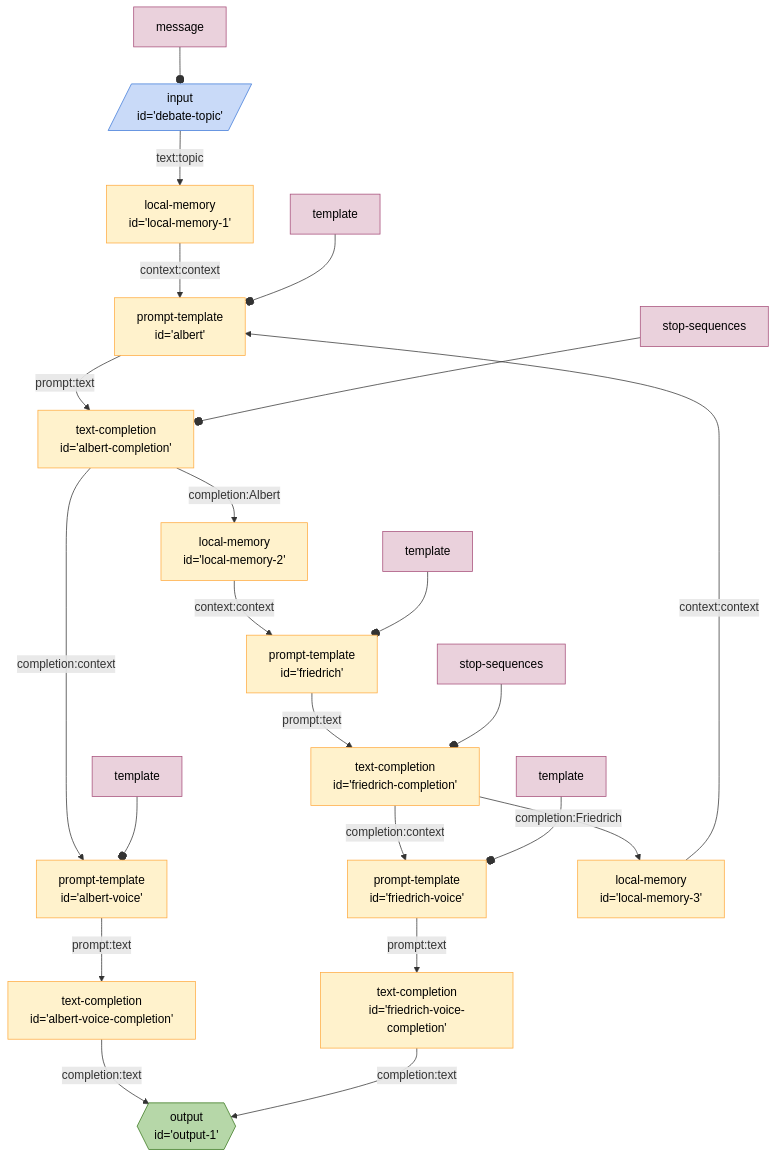
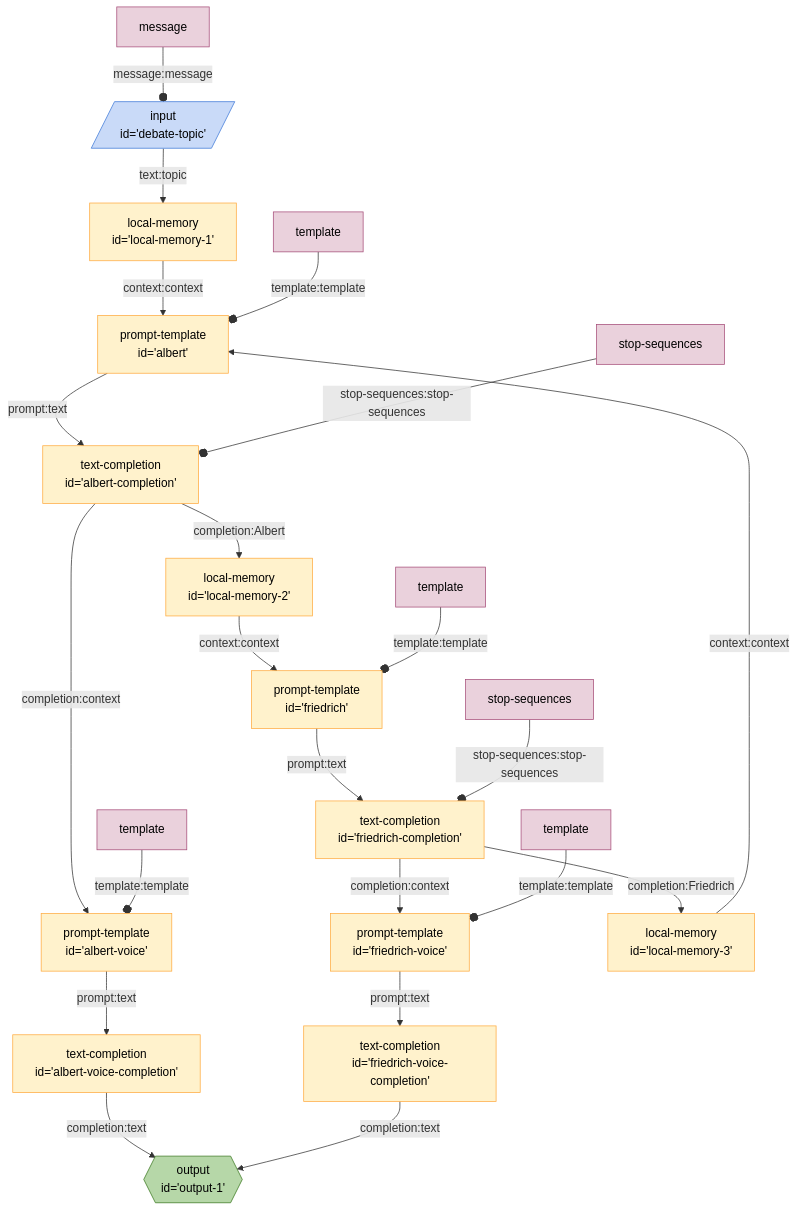
One commit to breadboard-ai/breadboard changed the diagram in seeds/graph-playground/docs/graphs/endless-debate-with-voice.md. Above: the diagram before and after it, drawn with Mermaid. The commit also changed 13 other files, not shown here.

Commit message:
[graph] Add proper edge markers for constants.

````diff
--- a/seeds/graph-playground/docs/graphs/endless-debate-with-voice.md
+++ b/seeds/graph-playground/docs/graphs/endless-debate-with-voice.md
@@ -4,60 +4,60 @@
 ```mermaid
 %%{init: 'themeVariables': { 'fontFamily': 'Fira Code, monospace' }}%%
 graph TD;
 debatetopic[/"input
 id='debate-topic'"/]:::input -- text:topic --> localmemory1["local-memory
 id='local-memory-1'"]
 localmemory1["local-memory
 id='local-memory-1'"] -- context:context --> albert["prompt-template
 id='albert'"]
 albert["prompt-template
 id='albert'"] -- prompt:text --> albertcompletion["text-completion
 id='albert-completion'"]
 albertcompletion["text-completion
 id='albert-completion'"] -- completion:context --> albertvoice["prompt-template
 id='albert-voice'"]
 albertvoice["prompt-template
 id='albert-voice'"] -- prompt:text --> albertvoicecompletion["text-completion
 id='albert-voice-completion'"]
 albertvoicecompletion["text-completion
 id='albert-voice-completion'"] -- completion:text --> output1{{"output
 id='output-1'"}}:::output
 albertcompletion["text-completion
 id='albert-completion'"] -- completion:Albert --> localmemory2["local-memory
 id='local-memory-2'"]
 localmemory2["local-memory
 id='local-memory-2'"] -- context:context --> friedrich["prompt-template
 id='friedrich'"]
 friedrich["prompt-template
 id='friedrich'"] -- prompt:text --> friedrichcompletion["text-completion
 id='friedrich-completion'"]
 friedrichcompletion["text-completion
 id='friedrich-completion'"] -- completion:context --> friedrichvoice["prompt-template
 id='friedrich-voice'"]
 friedrichvoice["prompt-template
 id='friedrich-voice'"] -- prompt:text --> friedrichvoicecompletion["text-completion
 id='friedrich-voice-completion'"]
 friedrichvoicecompletion["text-completion
 id='friedrich-voice-completion'"] -- completion:text --> output1{{"output
 id='output-1'"}}:::output
 friedrichcompletion["text-completion
 id='friedrich-completion'"] -- completion:Friedrich --> localmemory3["local-memory
 id='local-memory-3'"]
 localmemory3["local-memory
 id='local-memory-3'"] -- context:context --> albert["prompt-template
 id='albert'"]
-messagedebatetopic[message]:::config --o debatetopic
-stopsequencesalbertcompletion[stop-sequences]:::config --o albertcompletion
-stopsequencesfriedrichcompletion[stop-sequences]:::config --o friedrichcompletion
-templatealbert[template]:::config --o albert
-templatefriedrich[template]:::config --o friedrich
-templatefriedrichvoice[template]:::config --o friedrichvoice
-templatealbertvoice[template]:::config --o albertvoice
+messagedebatetopic[message]:::config -- message:message --o debatetopic
+stopsequencesalbertcompletion[stop-sequences]:::config -- stop-sequences:stop-sequences --o albertcompletion
+stopsequencesfriedrichcompletion[stop-sequences]:::config -- stop-sequences:stop-sequences --o friedrichcompletion
+templatealbert[template]:::config -- template:template --o albert
+templatefriedrich[template]:::config -- template:template --o friedrich
+templatefriedrichvoice[template]:::config -- template:template --o friedrichvoice
+templatealbertvoice[template]:::config -- template:template --o albertvoice
 classDef default stroke:#ffab40,fill:#fff2ccff,color:#000
 classDef input stroke:#3c78d8,fill:#c9daf8ff,color:#000
 classDef output stroke:#38761d,fill:#b6d7a8ff,color:#000
 classDef passthrough stroke:#a64d79,fill:#ead1dcff,color:#000
 classDef slot stroke:#a64d79,fill:#ead1dcff,color:#000
 classDef config stroke:#a64d79,fill:#ead1dcff,color:#000
 classDef slotted stroke:#a64d79
 ```
````
